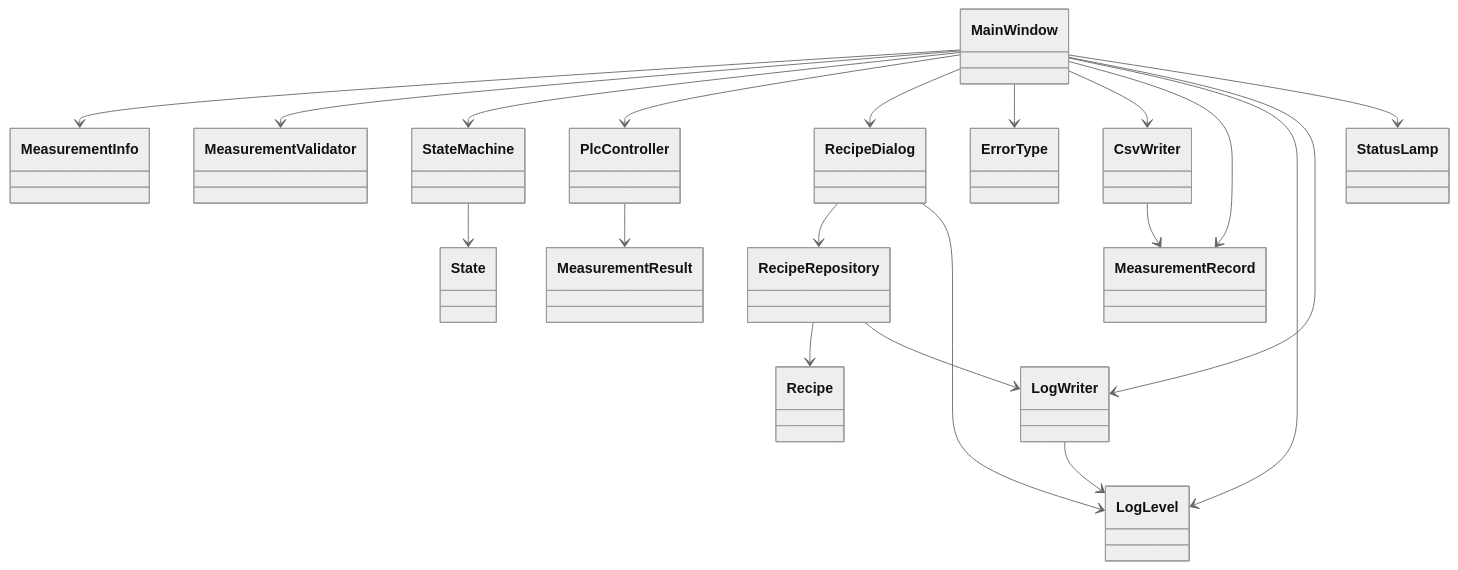
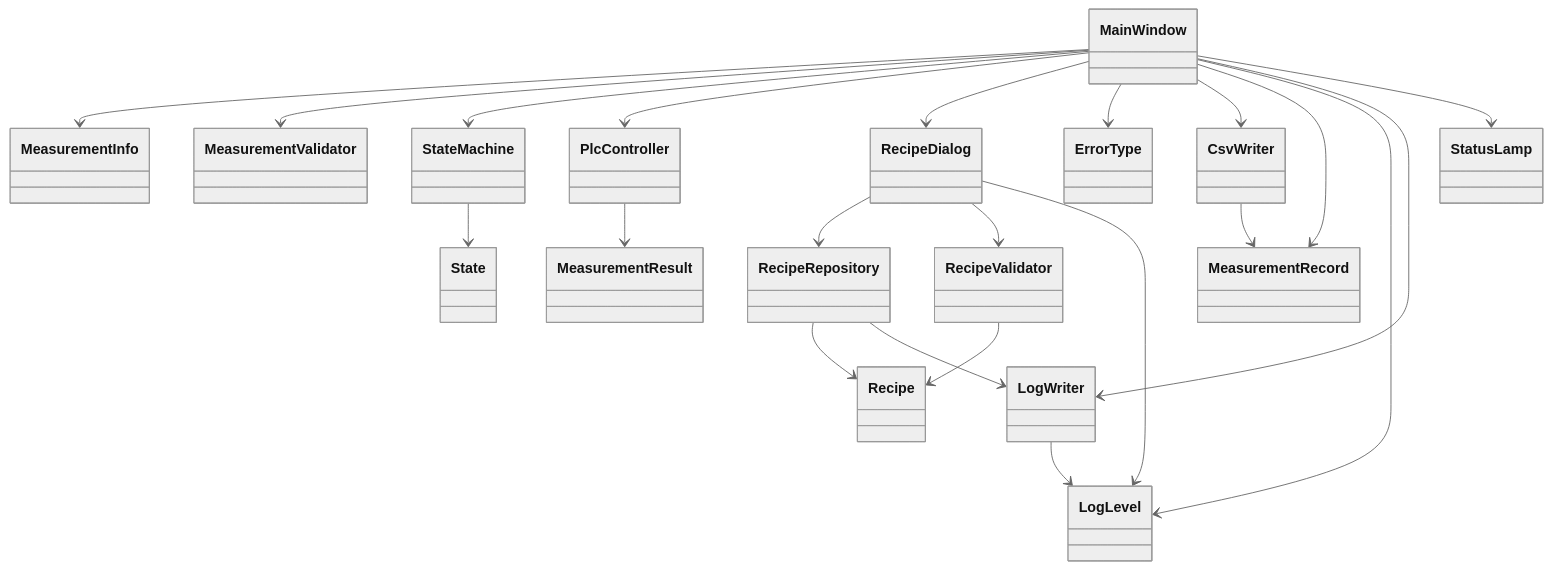
One commit to daiki-dev-jp/SIS_Semiconductor-Inspection-System changed the first of 2 diagrams in docs/class_design.md. Above: the diagram before and after it, drawn with Mermaid (neutral theme). The commit also changed other lines of this file and 5 other files, not shown here.

````diff
--- a/docs/class_design.md
+++ b/docs/class_design.md
@@ -43,47 +44,51 @@
 ```mermaid
 classDiagram
 
 class MainWindow
 class MeasurementInfo
 class MeasurementResult
 class MeasurementValidator
 class State
 class StateMachine
 class PlcController
 class RecipeDialog
 class RecipeRepository
+class RecipeValidator
 class Recipe
 class CsvWriter
 class ErrorType
 class MeasurementRecord
 class LogWriter
 class LogLevel
 class StatusLamp
 
 MainWindow --> MeasurementInfo
 MainWindow --> MeasurementValidator
 MainWindow --> StateMachine
 MainWindow --> PlcController
 MainWindow --> RecipeDialog
 MainWindow --> ErrorType
 MainWindow --> CsvWriter
 MainWindow --> MeasurementRecord
 MainWindow --> LogLevel
 MainWindow --> LogWriter
 MainWindow --> StatusLamp
 
 PlcController --> MeasurementResult
 
 CsvWriter --> MeasurementRecord
 
 RecipeDialog --> RecipeRepository
+RecipeDialog --> RecipeValidator
 RecipeDialog --> LogLevel
 
 RecipeRepository --> Recipe
+
+RecipeValidator --> Recipe
 
 StateMachine --> State
 
 RecipeRepository --> LogWriter
 
 LogWriter--> LogLevel
 ```
````
